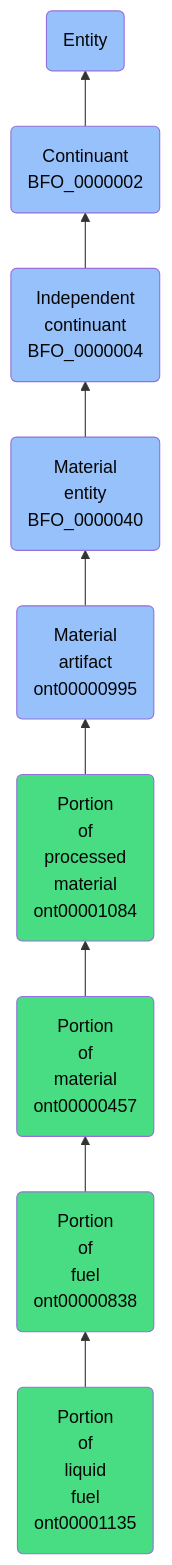
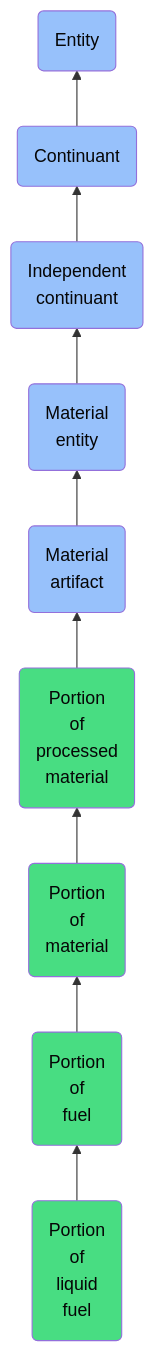
Before and after one commit to jupyter-naas/abi: the diagram in docs/ontology/reference/model/Entity/Continuant/Independent continuant/Material entity/Material artifact/Portion of processed material/Portion of material/Portion of fuel/Portion of liquid fuel/Portion of liquid fuel.md, drawn with Mermaid. The commit also changed other lines of this file and 1430 other files, not shown here.

````diff
--- a/docs/ontology/reference/model/Entity/Continuant/Independent continuant/Material entity/Material artifact/Portion of processed material/Portion of material/Portion of fuel/Portion of liquid fuel/Portion of liquid fuel.md
+++ b/docs/ontology/reference/model/Entity/Continuant/Independent continuant/Material entity/Material artifact/Portion of processed material/Portion of material/Portion of fuel/Portion of liquid fuel/Portion of liquid fuel.md
@@ -24,16 +24,16 @@
 ```mermaid
 graph BT
-    ont00001135(Portion<br>of<br>liquid<br>fuel<br>ont00001135):::ABI-->ont00000838
-    ont00000838(Portion<br>of<br>fuel<br>ont00000838):::ABI-->ont00000457
-    ont00000457(Portion<br>of<br>material<br>ont00000457):::ABI-->ont00001084
-    ont00001084(Portion<br>of<br>processed<br>material<br>ont00001084):::ABI-->ont00000995
-    ont00000995(Material<br>artifact<br>ont00000995):::BFO-->BFO_0000040
-    BFO_0000040(Material<br>entity<br>BFO_0000040):::BFO-->BFO_0000004
-    BFO_0000004(Independent<br>continuant<br>BFO_0000004):::BFO-->BFO_0000002
-    BFO_0000002(Continuant<br>BFO_0000002):::BFO-->BFO_0000001
+    ont00001135(Portion<br>of<br>liquid<br>fuel):::ABI-->ont00000838
+    ont00000838(Portion<br>of<br>fuel):::ABI-->ont00000457
+    ont00000457(Portion<br>of<br>material):::ABI-->ont00001084
+    ont00001084(Portion<br>of<br>processed<br>material):::ABI-->ont00000995
+    ont00000995(Material<br>artifact):::BFO-->BFO_0000040
+    BFO_0000040(Material<br>entity):::BFO-->BFO_0000004
+    BFO_0000004(Independent<br>continuant):::BFO-->BFO_0000002
+    BFO_0000002(Continuant):::BFO-->BFO_0000001
     BFO_0000001(Entity):::BFO
     
     classDef BFO fill:#97c1fb,color:#060606
     classDef CCO fill:#e4c51e,color:#060606
     classDef ABI fill:#48DD82,color:#060606
 ```
````
